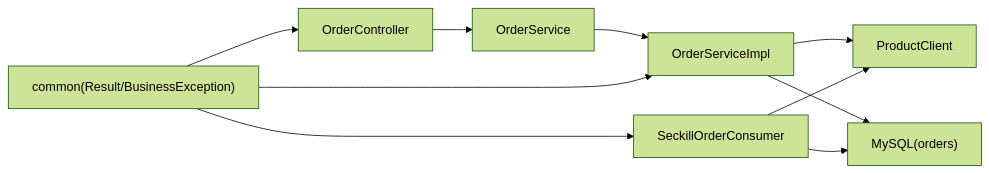
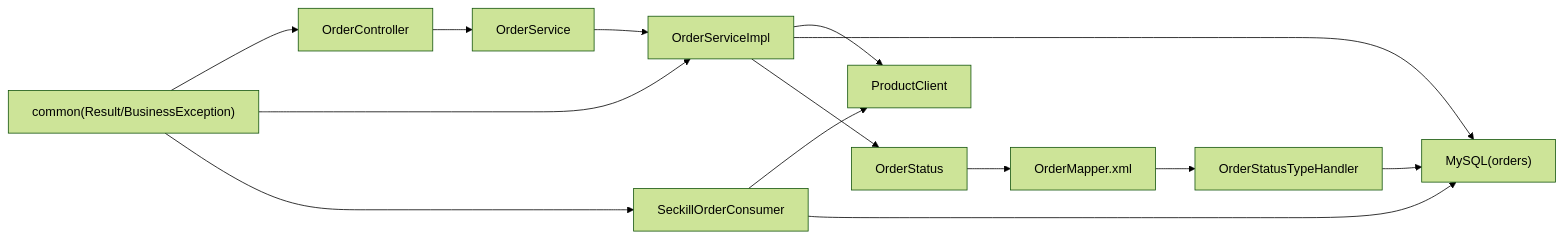
One commit to haohailiang/qoder-fullstack changed the eighth of 8 diagrams in .qoder/repowiki/zh/content/API接口文档/订单服务API.md. Above: the diagram before and after it, drawn with Mermaid (forest theme). The commit also changed other lines of this file and 24 other files, not shown here.

````diff
--- a/.qoder/repowiki/zh/content/API接口文档/订单服务API.md
+++ b/.qoder/repowiki/zh/content/API接口文档/订单服务API.md
@@ -427,12 +509,16 @@
 ```mermaid
 graph LR
 OC["OrderController"] --> OS["OrderService"]
 OS --> OSI["OrderServiceImpl"]
 OSI --> PC["ProductClient"]
 SOC["SeckillOrderConsumer"] --> PC
 OSI --> DB["MySQL(orders)"]
 SOC --> DB
 Common["common(Result/BusinessException)"] --> OC
 Common --> OSI
 Common --> SOC
+OSI --> OSEnum["OrderStatus"]
+OSEnum --> OSMapper["OrderMapper.xml"]
+OSMapper --> OTH["OrderStatusTypeHandler"]
+OTH --> DB
 ```
````
